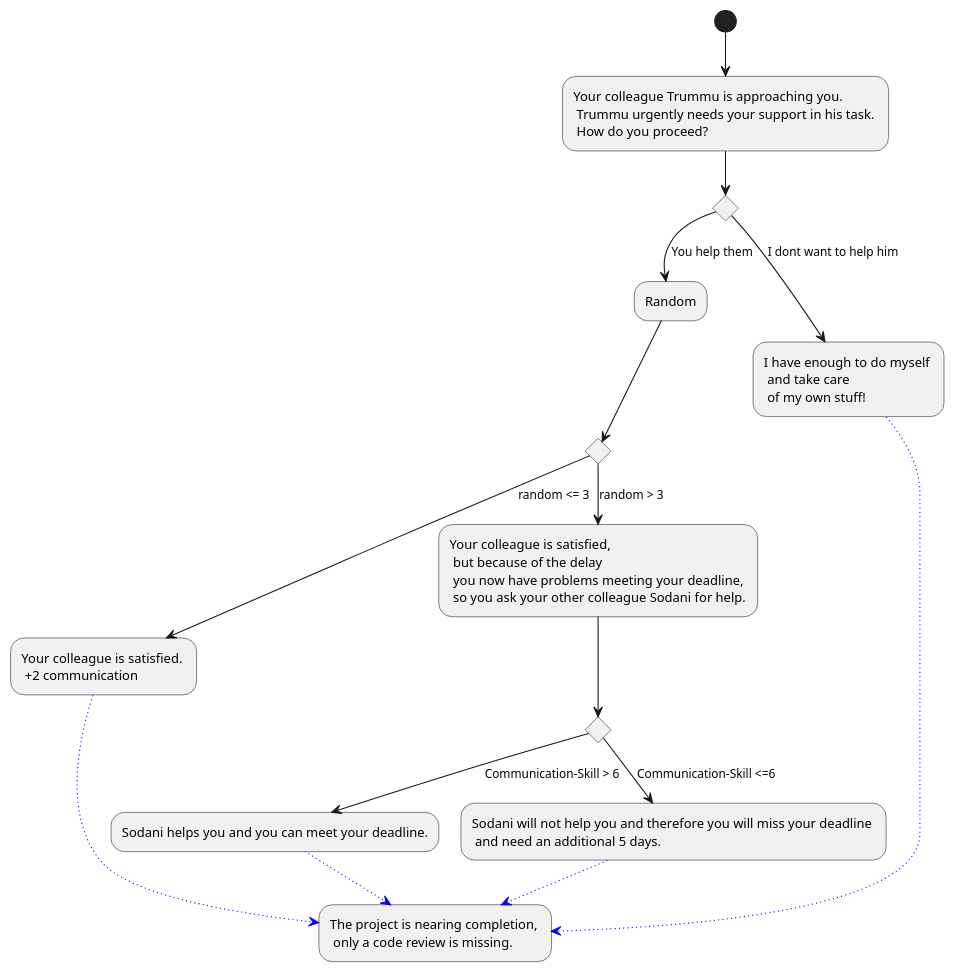
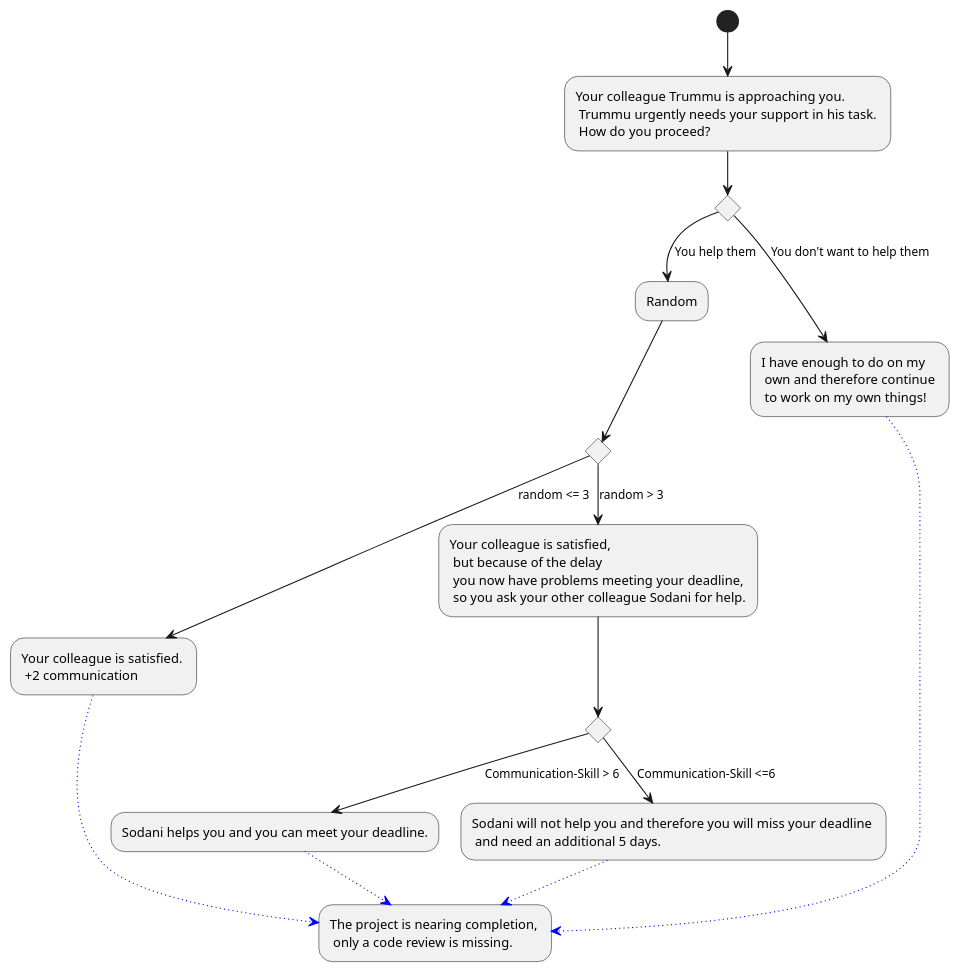
The diagram in Docs/Technical Specifications/docs/diagrams/StoryFlow/StoryFlow_Decision_13.puml (Brotenko/QualityQuest), drawn with PlantUML before and after one commit.

Commit message:
Update Docs/Technical Specifications/docs/diagrams/StoryFlow/StoryFlow_Decision_13.puml

```diff
--- a/Docs/Technical Specifications/docs/diagrams/StoryFlow/StoryFlow_Decision_13.puml
+++ b/Docs/Technical Specifications/docs/diagrams/StoryFlow/StoryFlow_Decision_13.puml
@@ -1,22 +1,22 @@
 @startuml
 (*) --> "Your colleague Trummu is approaching you.\n Trummu urgently needs your support in his task. \n How do you proceed?"
 if "" then 
 --> [You help them] "Random"
 if "" then
 --> [random <= 3] "Your colleague is satisfied. \n +2 communication" as a
 else
 --> [random > 3] "Your colleague is satisfied, \n but because of the delay \n you now have problems meeting your deadline, \n so you ask your other colleague Sodani for help." as b
 if "" then 
 --> [Communication-Skill > 6] "Sodani helps you and you can meet your deadline." as c
 else
 --> [Communication-Skill <=6] "Sodani will not help you and therefore you will miss your deadline \n and need an additional 5 days."
 -[#blue,dotted]-> "The project is nearing completion, \n only a code review is missing." as ende
 endif
 endif
 else
---> [I dont want to help him] "I have enough to do myself \n and take care \n of my own stuff!" as assi
+--> [You don't want to help them] "I have enough to do on my \n own and therefore continue \n to work on my own things!" as assi
 endif
 a -[#blue,dotted]-> ende
 c -[#blue,dotted]-> ende
 assi -[#blue,dotted]-> ende
 @enduml
```
